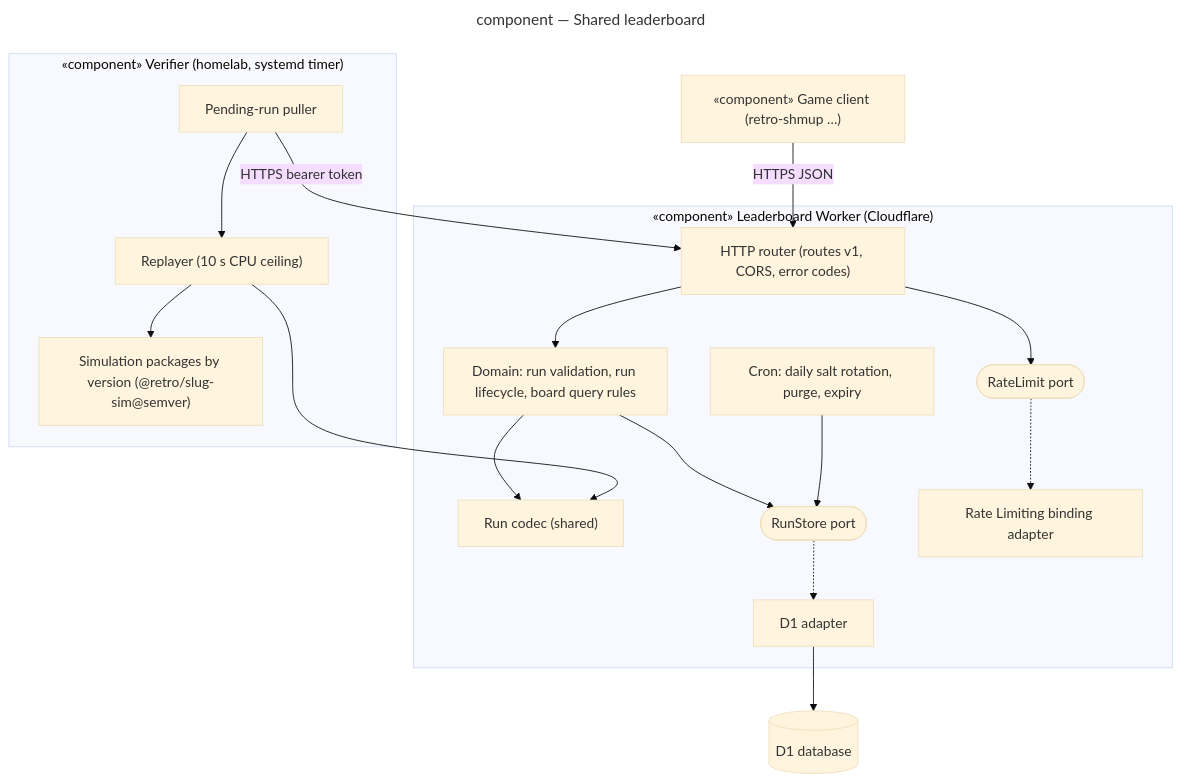
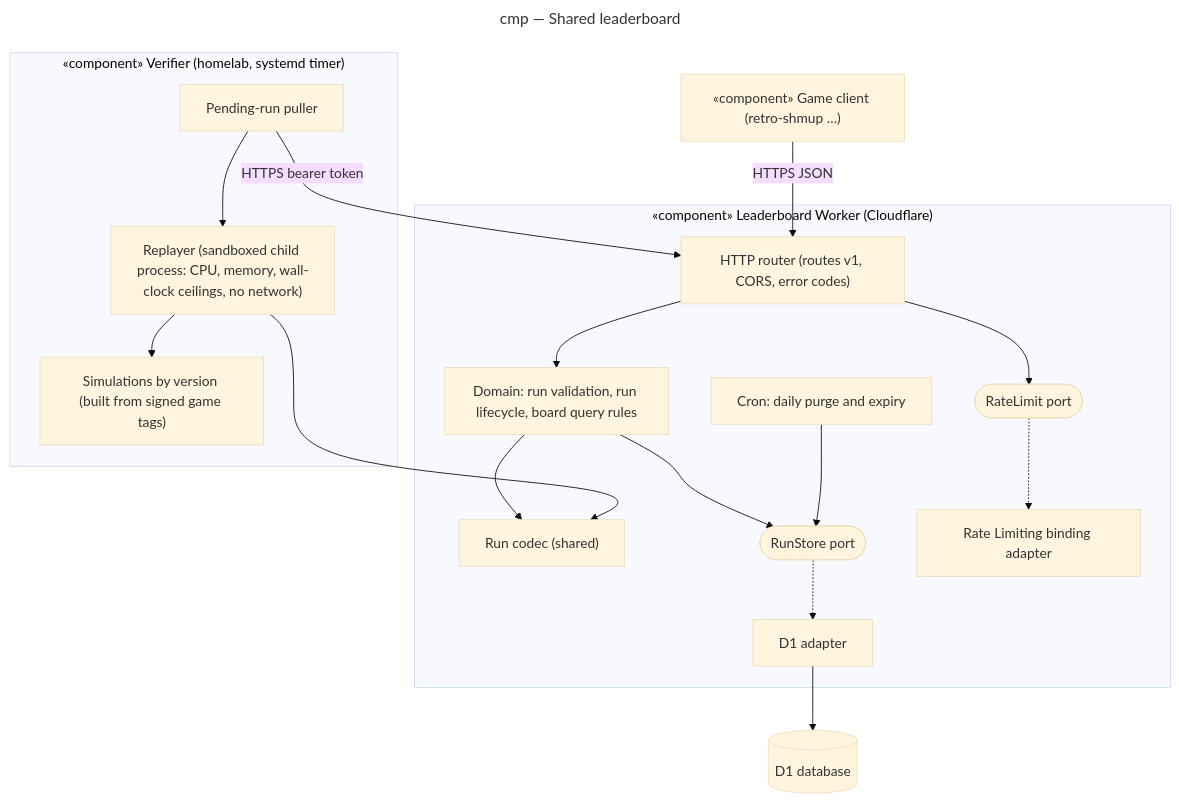
The diagram in docs/architecture/diagrams/leaderboard/03-component.md (benoit-bremaud/retro-leaderboard), drawn with Mermaid (base theme) before and after one commit. The commit also changed other lines of this file and 12 other files, not shown here.

First line of the commit message:
docs(uml): address the adversarial review of the conception study

````diff
--- a/docs/architecture/diagrams/leaderboard/03-component.md
+++ b/docs/architecture/diagrams/leaderboard/03-component.md
@@ -16,37 +16,37 @@
 ```mermaid
 ---
-title: component — Shared leaderboard
+title: cmp — Shared leaderboard
 ---
 flowchart TB
     game["«component» Game client (retro-shmup …)"]
     subgraph worker ["«component» Leaderboard Worker (Cloudflare)"]
         http["HTTP router (routes v1, CORS, error codes)"]
         domain["Domain: run validation, run lifecycle, board query rules"]
         codec["Run codec (shared)"]
         storePort(["RunStore port"])
         limitPort(["RateLimit port"])
         d1Adapter["D1 adapter"]
         rlAdapter["Rate Limiting binding adapter"]
-        cron["Cron: daily salt rotation, purge, expiry"]
+        cron["Cron: daily purge and expiry"]
     end
     d1[("D1 database")]
     subgraph homelab ["«component» Verifier (homelab, systemd timer)"]
         puller["Pending-run puller"]
-        replayer["Replayer (10 s CPU ceiling)"]
-        sims["Simulation packages by version (@retro/slug-sim@semver)"]
+        replayer["Replayer (sandboxed child process: CPU, memory, wall-clock ceilings, no network)"]
+        sims["Simulations by version (built from signed game tags)"]
     end
 
     game -->|"HTTPS JSON"| http
     http --> domain
     domain --> codec
     domain --> storePort
     http --> limitPort
     storePort -.-> d1Adapter
     limitPort -.-> rlAdapter
     d1Adapter --> d1
     cron --> storePort
     puller -->|"HTTPS bearer token"| http
     puller --> replayer
     replayer --> codec
     replayer --> sims
 ```
````
